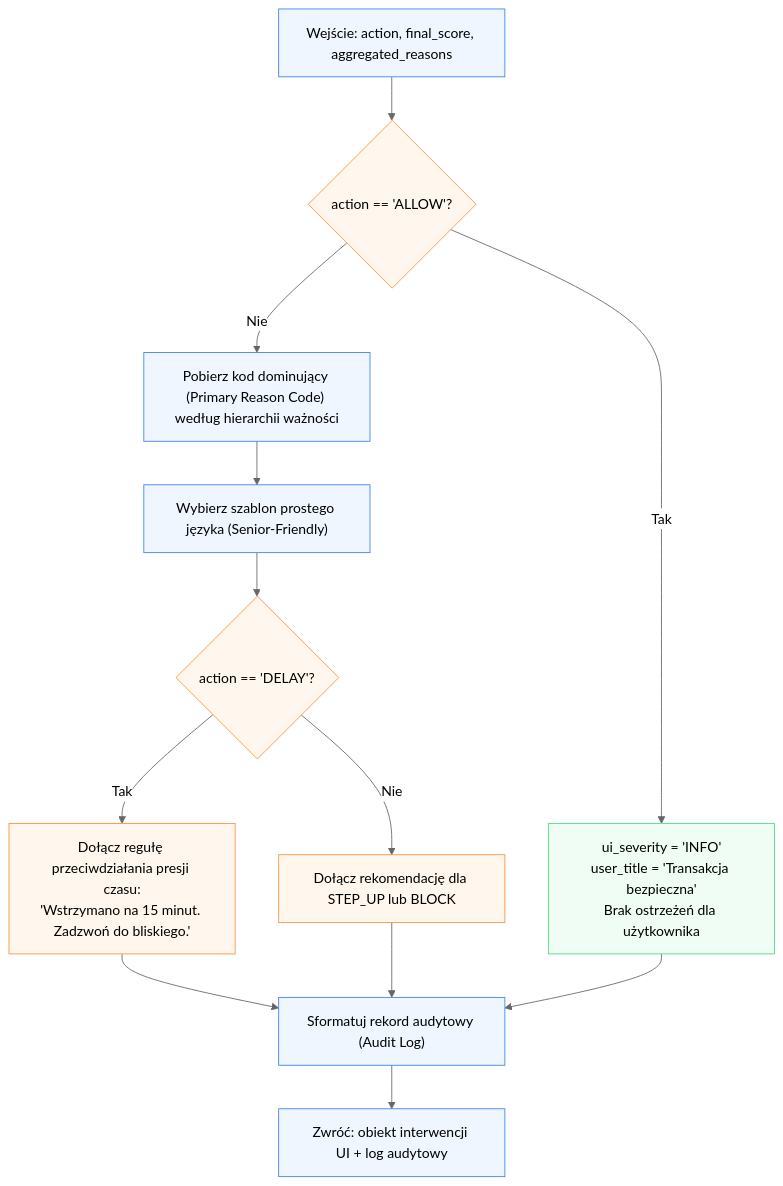
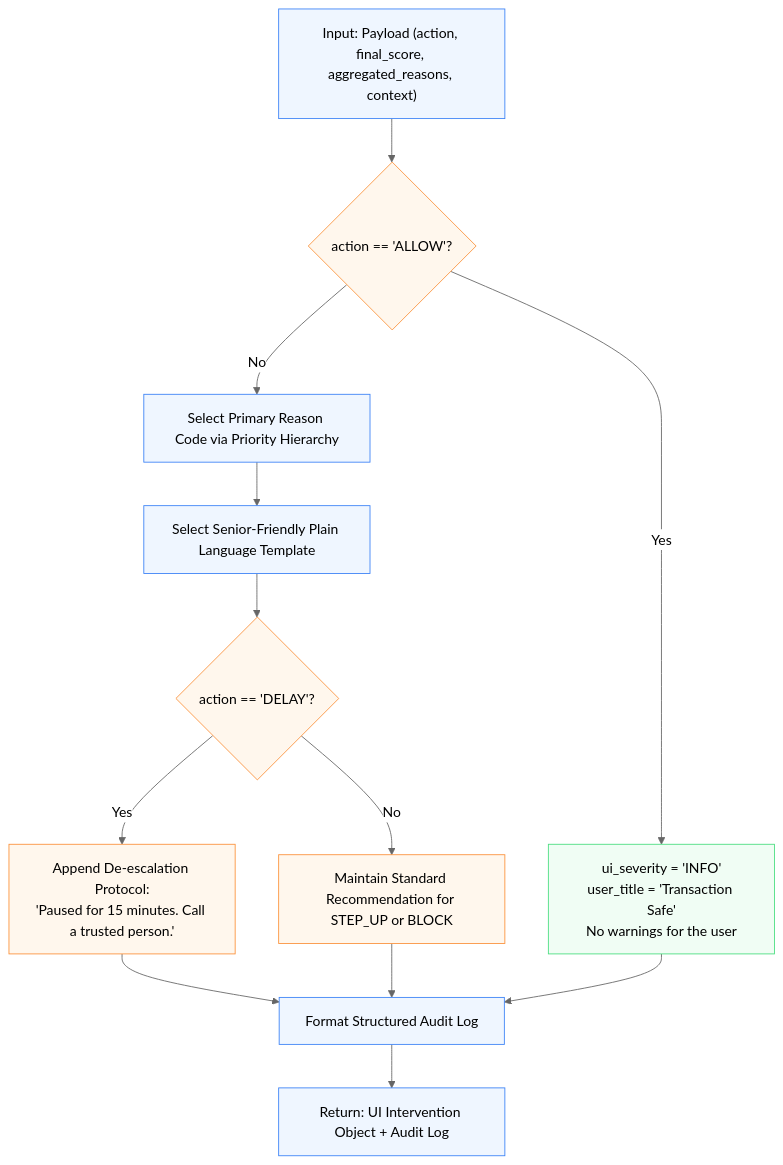
One commit to w-hyla/Teleprzyjaciele_IBM_Z_Datathon_2026_Project changed the diagram in architecture/modules/explainability.md. Above: the diagram before and after it, drawn with Mermaid (neutral theme). The commit also changed other lines of this file, not shown here.

````diff
--- a/architecture/modules/explainability.md
+++ b/architecture/modules/explainability.md
@@ -33,29 +38,29 @@
 ```mermaid
 flowchart TD
-    A["Wejście: action, final_score, aggregated_reasons"] --> B{"action == 'ALLOW'?"}
+    A["Input: Payload (action, final_score, aggregated_reasons, context)"] --> B{"action == 'ALLOW'?"}
     
-    B -- Tak --> C["ui_severity = 'INFO'<br/>user_title = 'Transakcja bezpieczna'<br/>Brak ostrzeżeń dla użytkownika"]
+    B -- Yes --> C["ui_severity = 'INFO'<br/>user_title = 'Transaction Safe'<br/>No warnings for the user"]
     
-    B -- Nie --> D["Pobierz kod dominujący (Primary Reason Code) według hierarchii ważności"]
+    B -- No --> D["Select Primary Reason Code via Priority Hierarchy"]
     
-    D --> E["Wybierz szablon prostego języka (Senior-Friendly)"]
+    D --> E["Select Senior-Friendly Plain Language Template"]
     
     E --> F{"action == 'DELAY'?"}
-    F -- Tak --> G["Dołącz regułę przeciwdziałania presji czasu:<br/>'Wstrzymano na 15 minut. Zadzwoń do bliskiego.'"]
-    F -- Nie --> H["Dołącz rekomendację dla STEP_UP lub BLOCK"]
+    F -- Yes --> G["Append De-escalation Protocol:<br/>'Paused for 15 minutes. Call a trusted person.'"]
+    F -- No --> H["Maintain Standard Recommendation for STEP_UP or BLOCK"]
     
-    G --> I["Sformatuj rekord audytowy (Audit Log)"]
+    G --> I["Format Structured Audit Log"]
     H --> I
     
     C --> I
-    I --> J["Zwróć: obiekt interwencji UI + log audytowy"]
+    I --> J["Return: UI Intervention Object + Audit Log"]
 
     classDef allow fill:#f0fdf4,stroke:#4ade80
     classDef check fill:#fff7ed,stroke:#fb923c
-    classDef block fill:#fef2f2,stroke:#f87171
+    classDef alert fill:#fef2f2,stroke:#f87171
     classDef step fill:#eff6ff,stroke:#3b82f6
     class C allow
     class G,H check
     class A,D,E,I,J step
     class B,F check
 ```
````
